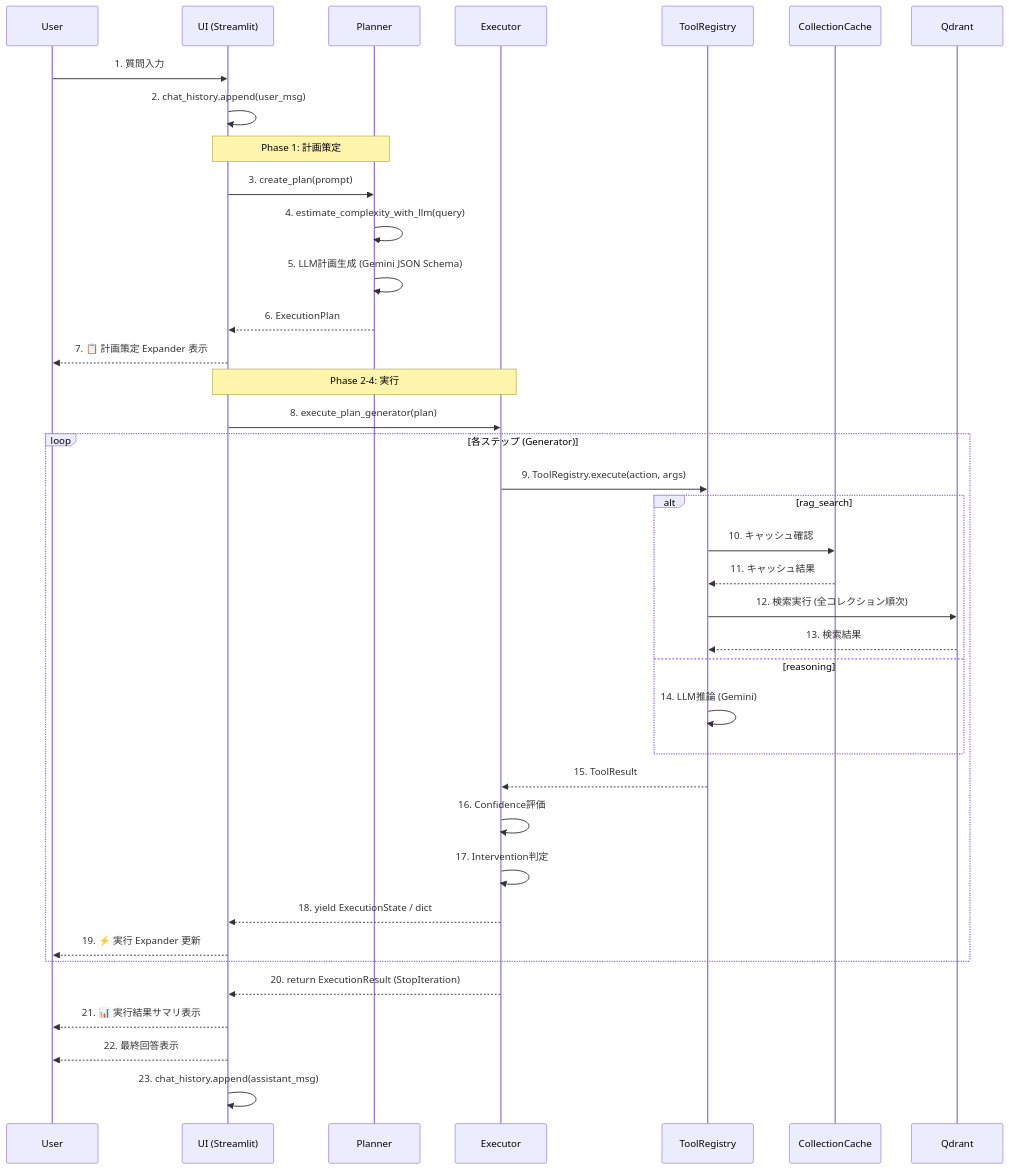
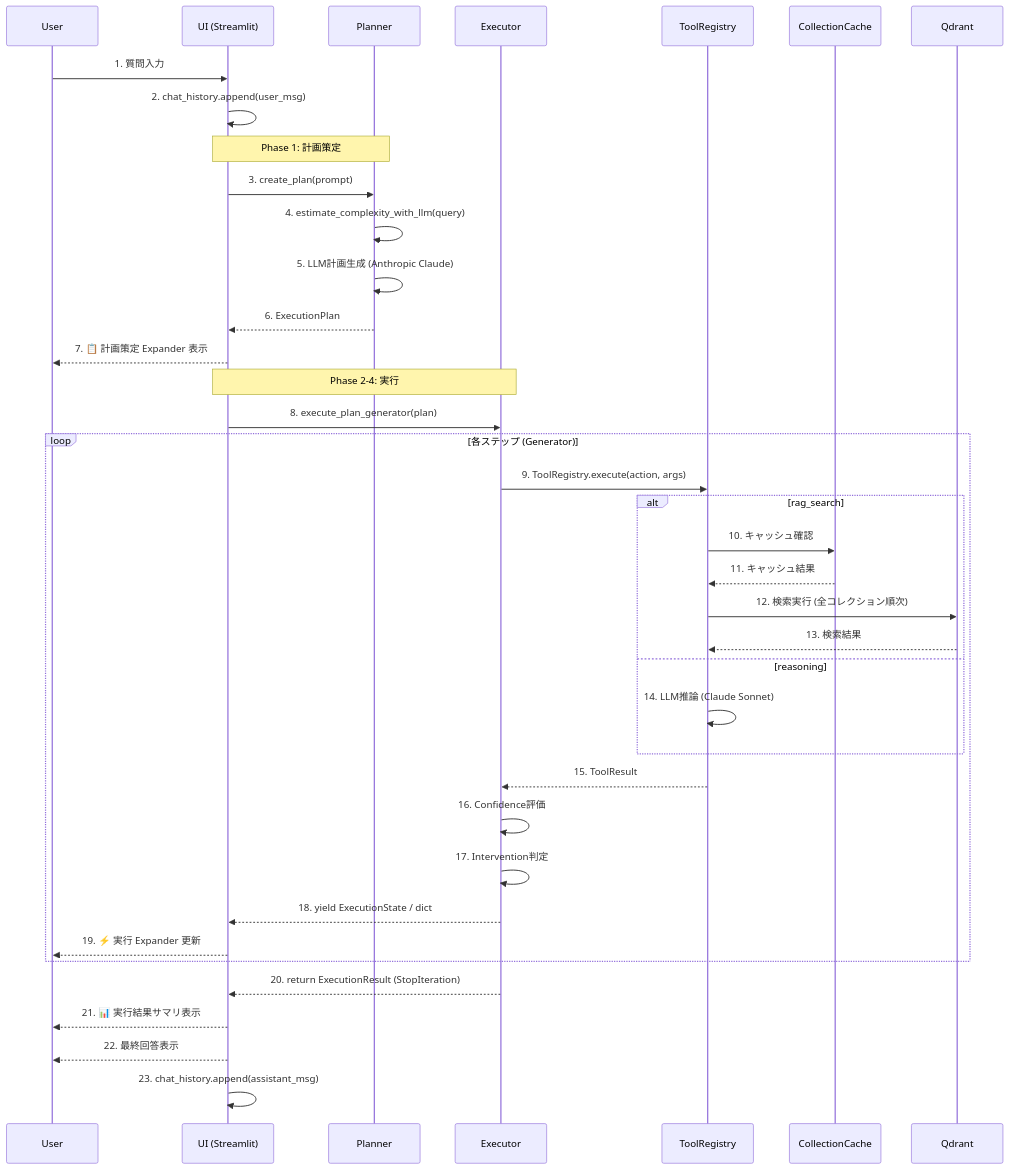
The eighth of 13 diagrams in README.md (nakashima2toshio/anthropic_grace_agent), drawn with Mermaid before and after one commit. The commit also changed other lines of this file and 11 other files, not shown here.

````diff
--- a/README.md
+++ b/README.md
@@ -619,50 +616,50 @@
 ```mermaid
 sequenceDiagram
     participant User as User
     participant UI as UI (Streamlit)
     participant Planner as Planner
     participant Executor as Executor
     participant Tools as ToolRegistry
     participant Cache as CollectionCache
     participant Qdrant as Qdrant
 
     User->>UI: 1. 質問入力
     UI->>UI: 2. chat_history.append(user_msg)
 
     Note over UI,Planner: Phase 1: 計画策定
 
     UI->>Planner: 3. create_plan(prompt)
     Planner->>Planner: 4. estimate_complexity_with_llm(query)
-    Planner->>Planner: 5. LLM計画生成 (Gemini JSON Schema)
+    Planner->>Planner: 5. LLM計画生成 (Anthropic Claude)
     Planner-->>UI: 6. ExecutionPlan
     UI-->>User: 7. 📋 計画策定 Expander 表示
 
     Note over UI,Executor: Phase 2-4: 実行
 
     UI->>Executor: 8. execute_plan_generator(plan)
 
     loop 各ステップ (Generator)
         Executor->>Tools: 9. ToolRegistry.execute(action, args)
 
         alt rag_search
             Tools->>Cache: 10. キャッシュ確認
             Cache-->>Tools: 11. キャッシュ結果
             Tools->>Qdrant: 12. 検索実行 (全コレクション順次)
             Qdrant-->>Tools: 13. 検索結果
         else reasoning
-            Tools->>Tools: 14. LLM推論 (Gemini)
+            Tools->>Tools: 14. LLM推論 (Claude Sonnet)
         end
 
         Tools-->>Executor: 15. ToolResult
         Executor->>Executor: 16. Confidence評価
         Executor->>Executor: 17. Intervention判定
 
         Executor-->>UI: 18. yield ExecutionState / dict
         UI-->>User: 19. ⚡ 実行 Expander 更新
     end
 
     Executor-->>UI: 20. return ExecutionResult (StopIteration)
     UI-->>User: 21. 📊 実行結果サマリ表示
     UI-->>User: 22. 最終回答表示
     UI->>UI: 23. chat_history.append(assistant_msg)
 ```
````
